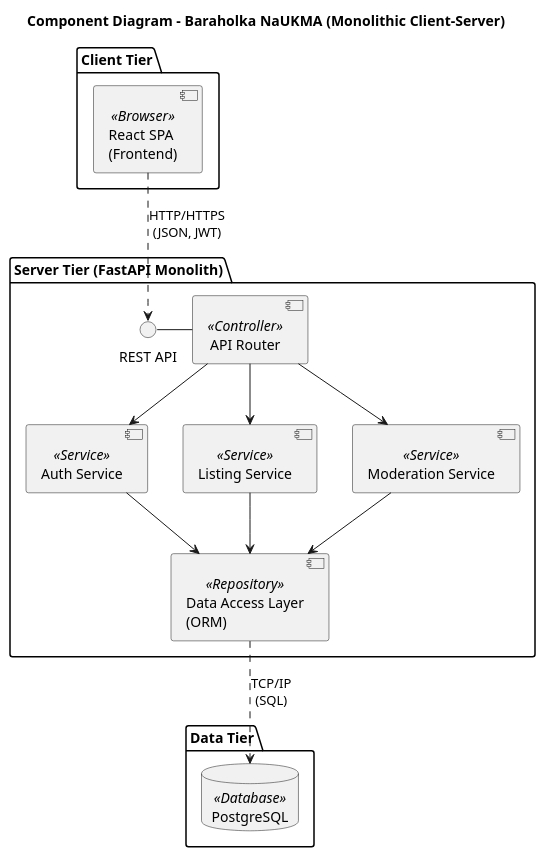
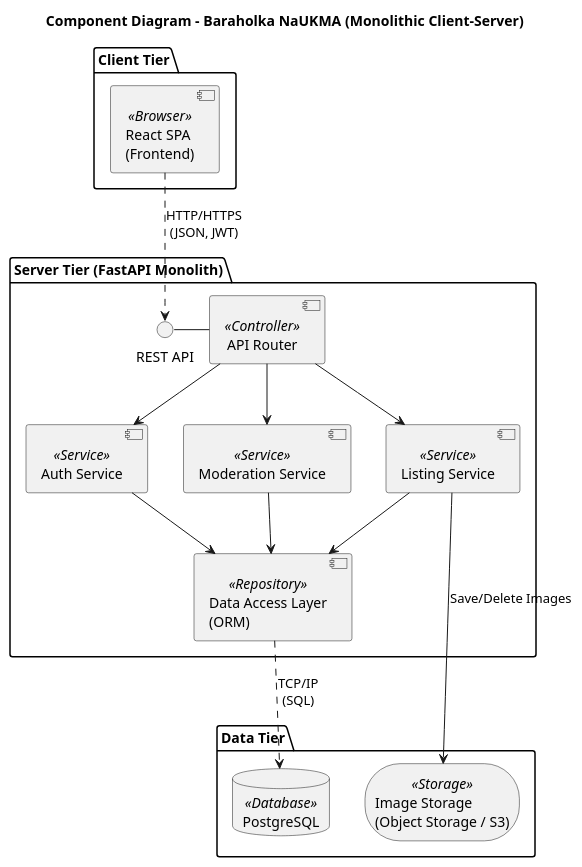
The diagram in docs/architecture/uml/components.puml (ukma-fin-ssdm-2026/Next-Gen), drawn with PlantUML before and after one commit. The commit also changed 1 other file, not shown here.

Commit message:
docs: add image storage component to architecture and diagrams

```diff
--- a/docs/architecture/uml/components.puml
+++ b/docs/architecture/uml/components.puml
@@ -1,40 +1,42 @@
 @startuml
 skinparam componentStyle uml2
 
 title Component Diagram - Baraholka NaUKMA (Monolithic Client-Server)
 
 package "Client Tier" {
     component "React SPA\n(Frontend)" as SPA <<Browser>>
 }
 
 package "Server Tier (FastAPI Monolith)" {
     interface "REST API" as RestAPI
     
     component "API Router" as Router <<Controller>>
     
     component "Auth Service" as AuthService <<Service>>
     component "Listing Service" as ListingService <<Service>>
     component "Moderation Service" as ModerationService <<Service>>
     
     component "Data Access Layer\n(ORM)" as DAL <<Repository>>
 }
 
 package "Data Tier" {
     database "PostgreSQL" as DB <<Database>>
+    storage "Image Storage\n(Object Storage / S3)" as S3 <<Storage>>
 }
 
 ' Connections
 SPA ..> RestAPI : "HTTP/HTTPS\n(JSON, JWT)"
 RestAPI - Router
 
 Router --> AuthService
 Router --> ListingService
 Router --> ModerationService
 
 AuthService --> DAL
 ListingService --> DAL
+ListingService --> S3 : "Save/Delete Images"
 ModerationService --> DAL
 
 DAL ..> DB : "TCP/IP\n(SQL)"
 
 @enduml
```
